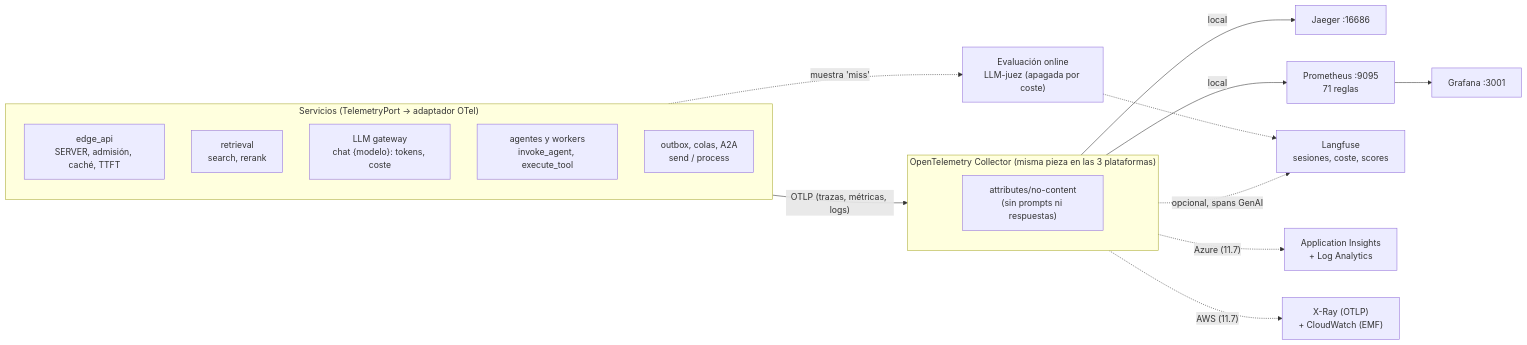
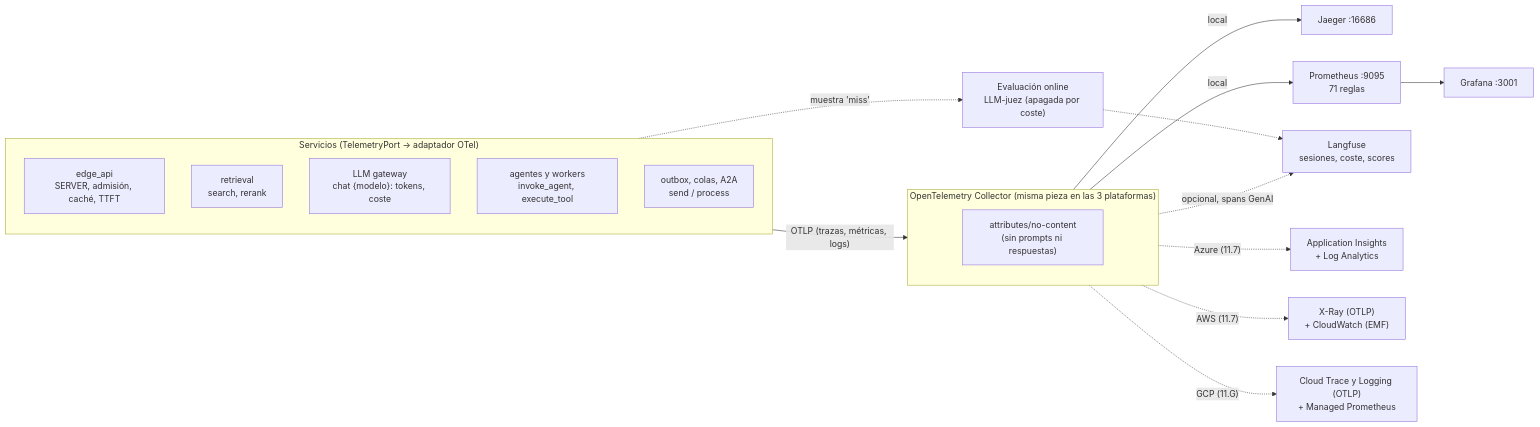
The diagram in docs/fase-11-observabilidad.md (SergioVelmay/GenAI_PoCs), drawn with Mermaid before and after one commit. The commit also changed other lines of this file and 4 other files, not shown here.

First line of the commit message:
docs: cierre de la fase 11.G - observabilidad en GCP con validación en cloud pendiente

````diff
--- a/docs/fase-11-observabilidad.md
+++ b/docs/fase-11-observabilidad.md
@@ -20,26 +21,27 @@
 ```mermaid
 flowchart LR
   subgraph APP["Servicios (TelemetryPort → adaptador OTel)"]
     direction TB
     EDGE["edge_api<br/>SERVER, admisión, caché, TTFT"]
     RAG["retrieval<br/>search, rerank"]
     GW["LLM gateway<br/>chat {modelo}: tokens, coste"]
     AG["agentes y workers<br/>invoke_agent, execute_tool"]
     Q["outbox, colas, A2A<br/>send / process"]
   end
 
   APP -->|"OTLP (trazas, métricas, logs)"| COL
 
   subgraph COL["OpenTelemetry Collector (misma pieza en las 3 plataformas)"]
     direction TB
     NC["attributes/no-content<br/>(sin prompts ni respuestas)"]
   end
 
   COL -->|"local"| J["Jaeger :16686"]
   COL -->|"local"| P["Prometheus :9095<br/>71 reglas"] --> G["Grafana :3001"]
   COL -.->|"opcional, spans GenAI"| LF["Langfuse<br/>sesiones, coste, scores"]
   COL -.->|"Azure (11.7)"| AI["Application Insights<br/>+ Log Analytics"]
   COL -.->|"AWS (11.7)"| XR["X-Ray (OTLP)<br/>+ CloudWatch (EMF)"]
+  COL -.->|"GCP (11.G)"| CT["Cloud Trace y Logging (OTLP)<br/>+ Managed Prometheus"]
 
   EDGE -.->|"muestra 'miss'"| JUDGE["Evaluación online<br/>LLM-juez (apagada por coste)"] -.-> LF
 ```
````
